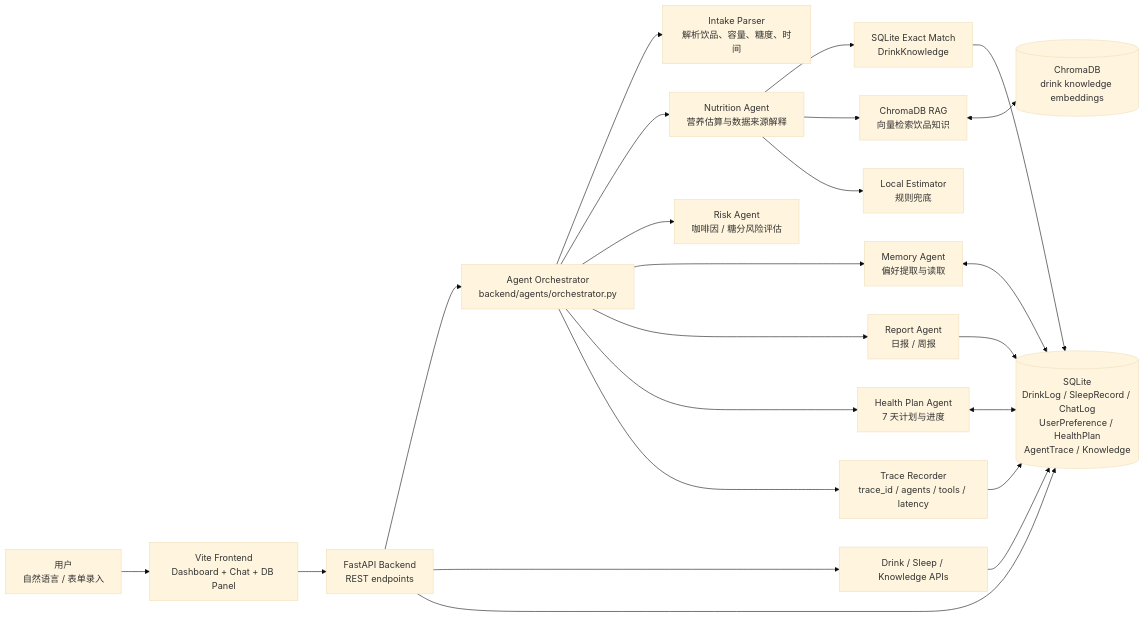
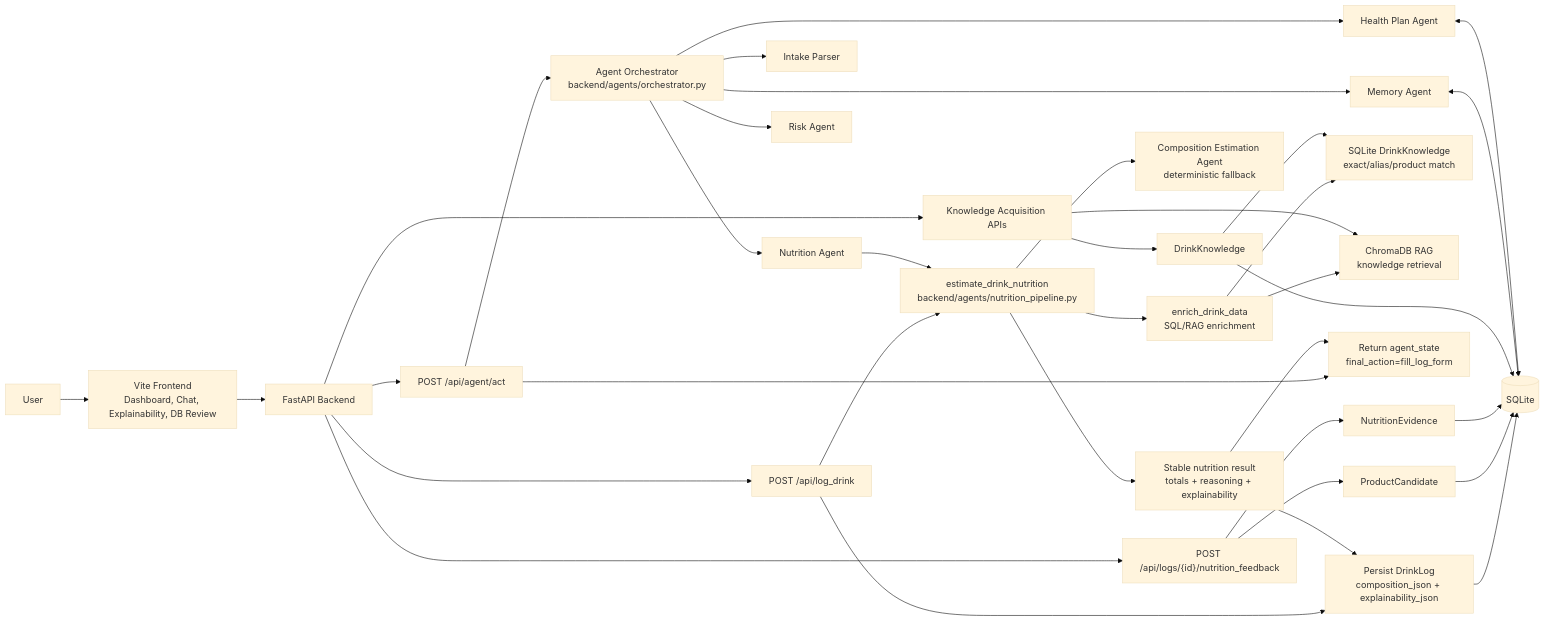
Before and after one commit to Jessiegantang/Caffeine-and-Sugar-Tracker-----: the first of 4 diagrams in docs/architecture.md, drawn with Mermaid (base theme). The commit also changed other lines of this file and 3 other files, not shown here.

````diff
--- a/docs/architecture.md
+++ b/docs/architecture.md
@@ -7,30 +10,45 @@
 ```mermaid
 flowchart LR
-    User["用户<br/>自然语言 / 表单录入"] --> Frontend["Vite Frontend<br/>Dashboard + Chat + DB Panel"]
-    Frontend --> API["FastAPI Backend<br/>REST endpoints"]
+    User["User"] --> Frontend["Vite Frontend<br/>Dashboard, Chat, Explainability, DB Review"]
+    Frontend --> API["FastAPI Backend"]
 
-    API --> Orchestrator["Agent Orchestrator<br/>backend/agents/orchestrator.py"]
-    API --> LogAPI["Drink / Sleep / Knowledge APIs"]
+    API --> ManualLog["POST /api/log_drink"]
+    API --> AgentAct["POST /api/agent/act"]
+    API --> Feedback["POST /api/logs/{id}/nutrition_feedback"]
+    API --> Review["Knowledge Acquisition APIs"]
 
-    Orchestrator --> Intake["Intake Parser<br/>解析饮品、容量、糖度、时间"]
-    Orchestrator --> Nutrition["Nutrition Agent<br/>营养估算与数据来源解释"]
-    Orchestrator --> Risk["Risk Agent<br/>咖啡因 / 糖分风险评估"]
-    Orchestrator --> Memory["Memory Agent<br/>偏好提取与读取"]
-    Orchestrator --> Report["Report Agent<br/>日报 / 周报"]
-    Orchestrator --> Plan["Health Plan Agent<br/>7 天计划与进度"]
+    AgentAct --> Orchestrator["Agent Orchestrator<br/>backend/agents/orchestrator.py"]
+    Orchestrator --> Intake["Intake Parser"]
+    Orchestrator --> NutritionAgent["Nutrition Agent"]
+    Orchestrator --> Risk["Risk Agent"]
+    Orchestrator --> Memory["Memory Agent"]
+    Orchestrator --> Plan["Health Plan Agent"]
 
-    Nutrition --> SQLMatch["SQLite Exact Match<br/>DrinkKnowledge"]
-    Nutrition --> RAG["ChromaDB RAG<br/>向量检索饮品知识"]
-    Nutrition --> Estimator["Local Estimator<br/>规则兜底"]
+    ManualLog --> Pipeline["estimate_drink_nutrition<br/>backend/agents/nutrition_pipeline.py"]
+    NutritionAgent --> Pipeline
 
-    API --> DB[("SQLite<br/>DrinkLog / SleepRecord / ChatLog<br/>UserPreference / HealthPlan<br/>AgentTrace / Knowledge")]
-    SQLMatch --> DB
+    Pipeline --> Enrichment["enrich_drink_data<br/>SQL/RAG enrichment"]
+    Enrichment --> SQL["SQLite DrinkKnowledge<br/>exact/alias/product match"]
+    Enrichment --> RAG["ChromaDB RAG<br/>knowledge retrieval"]
+    Pipeline --> Composition["Composition Estimation Agent<br/>deterministic fallback"]
+    Pipeline --> Result["Stable nutrition result<br/>totals + reasoning + explainability"]
+
+    ManualLog --> PersistLog["Persist DrinkLog<br/>composition_json + explainability_json"]
+    Result --> PersistLog
+
+    AgentAct --> Draft["Return agent_state<br/>final_action=fill_log_form"]
+    Result --> Draft
+
+    Feedback --> Candidate["ProductCandidate"]
+    Feedback --> Evidence["NutritionEvidence"]
+    Review --> Knowledge["DrinkKnowledge"]
+    Knowledge --> SQL
+    Review --> RAG
+
+    PersistLog --> DB[("SQLite")]
+    Candidate --> DB
+    Evidence --> DB
+    Knowledge --> DB
     Memory <--> DB
-    Report --> DB
     Plan <--> DB
-    LogAPI --> DB
-    RAG <--> VectorDB[("ChromaDB<br/>drink knowledge embeddings")]
-
-    Orchestrator --> Trace["Trace Recorder<br/>trace_id / agents / tools / latency"]
-    Trace --> DB
 ```
````
